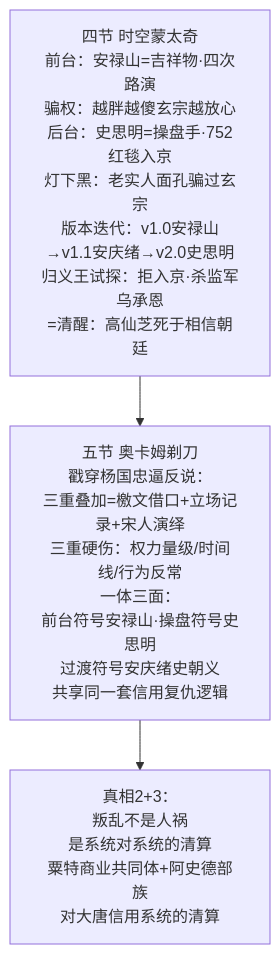
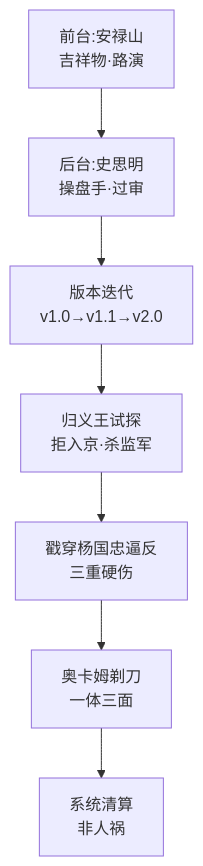
One commit to Seek-Key-LTD/kunpengzhi-podcast changed the fifth of 6 diagrams in analysis/原文结构flowchart_第08章.md. Above: the diagram before and after it, drawn with Mermaid. The commit also changed other lines of this file, not shown here.

Commit message:
原文flowchart精简自解释版(mermaid原生渲染)

````diff
--- a/analysis/原文结构flowchart_第08章.md
+++ b/analysis/原文结构flowchart_第08章.md
@@ -52,5 +53,9 @@
 ```mermaid
 flowchart TD
-    F1[四节 时空蒙太奇<br/>前台：安禄山=吉祥物·四次路演<br/>骗权：越胖越傻玄宗越放心<br/>后台：史思明=操盘手·752红毯入京<br/>灯下黑：老实人面孔骗过玄宗<br/>版本迭代：v1.0安禄山→v1.1安庆绪→v2.0史思明<br/>归义王试探：拒入京·杀监军乌承恩<br/>=清醒：高仙芝死于相信朝廷] --> F2[五节 奥卡姆剃刀<br/>戳穿杨国忠逼反说：<br/>三重叠加=檄文借口+立场记录+宋人演绎<br/>三重硬伤：权力量级/时间线/行为反常<br/>一体三面：<br/>前台符号安禄山·操盘符号史思明<br/>过渡符号安庆绪史朝义<br/>共享同一套信用复仇逻辑]
-    F2 --> R4[真相2+3：<br/>叛乱不是人祸<br/>是系统对系统的清算<br/>粟特商业共同体+阿史德部族<br/>对大唐信用系统的清算]
+    A[前台:安禄山<br/>吉祥物·路演] --> B[后台:史思明<br/>操盘手·过审]
+    B --> C[版本迭代<br/>v1.0→v1.1→v2.0]
+    C --> D[归义王试探<br/>拒入京·杀监军]
+    D --> E[戳穿杨国忠逼反<br/>三重硬伤]
+    E --> F[奥卡姆剃刀<br/>一体三面]
+    F --> G[系统清算<br/>非人祸]
 ```
````
